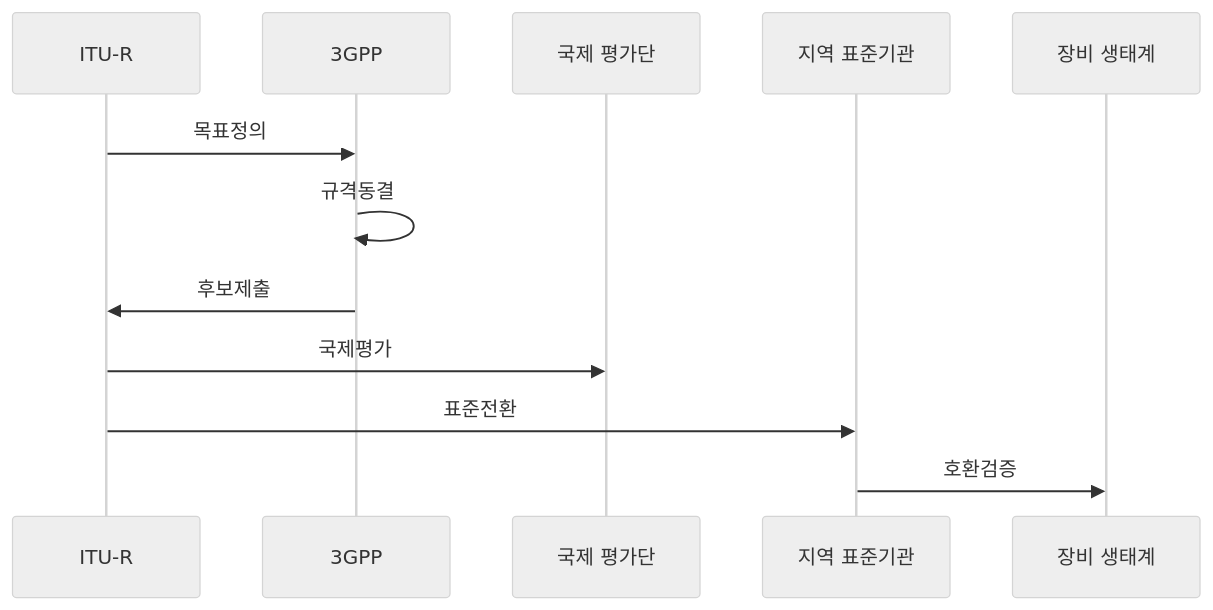
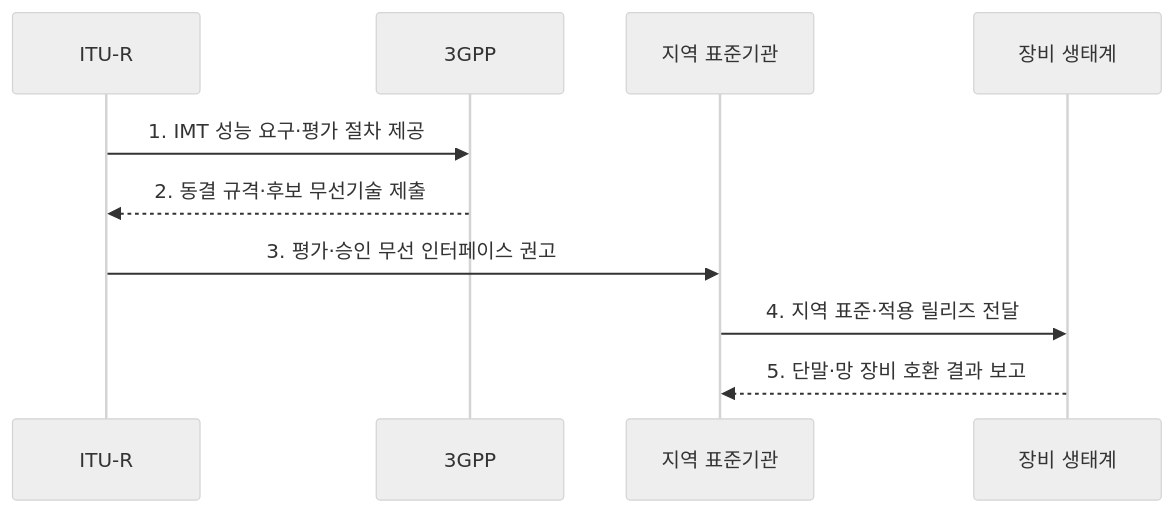
One commit to agnusdei1207/knowledge-base changed the second of 2 diagrams in src/content/docs/notes/07-law-policy/043_5g_international_standards.md. Above: the diagram before and after it, drawn with Mermaid (neutral theme). The commit also changed other lines of this file and 5 other files, not shown here.

````diff
--- a/src/content/docs/notes/07-law-policy/043_5g_international_standards.md
+++ b/src/content/docs/notes/07-law-policy/043_5g_international_standards.md
@@ -75,14 +73,12 @@
 ```mermaid
 sequenceDiagram
     participant I as ITU-R
     participant G as 3GPP
-    participant E as 국제 평가단
     participant R as 지역 표준기관
     participant V as 장비 생태계
-    I->>G: 목표정의
-    G->>G: 규격동결
-    G->>I: 후보제출
-    I->>E: 국제평가
-    I->>R: 표준전환
-    R->>V: 호환검증
+    I->>G: 1. IMT 성능 요구·평가 절차 제공
+    G-->>I: 2. 동결 규격·후보 무선기술 제출
+    I->>R: 3. 평가·승인 무선 인터페이스 권고
+    R->>V: 4. 지역 표준·적용 릴리즈 전달
+    V-->>R: 5. 단말·망 장비 호환 결과 보고
 ```
````
